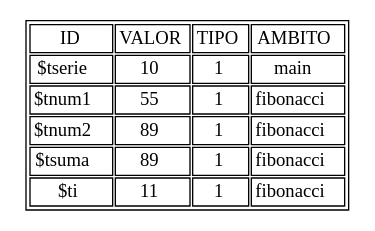
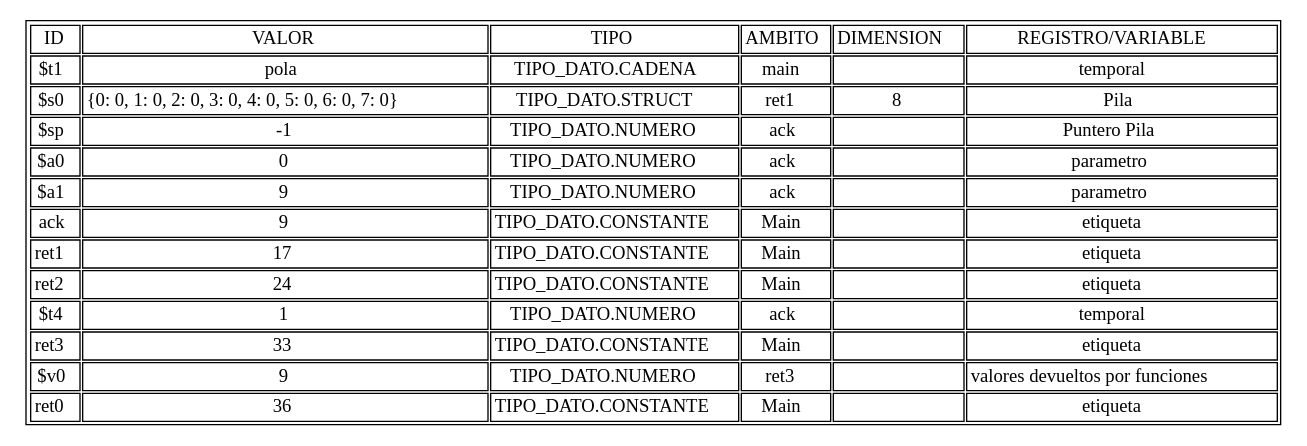
One commit to sgleal97/vacas_compi changed the diagram in tsg.dot. Above: the diagram before and after it, drawn with Graphviz. The commit also changed 16 other files, not shown here.

```diff
--- a/tsg.dot
+++ b/tsg.dot
@@ -1,44 +1,99 @@
 digraph H {
 aHtmlTable [
 shape=plaintext
 label=<
 <table border='1' cellborder='1'>
 <tr>
 <td>ID</td>
 <td>VALOR</td>
 <td>TIPO</td>
 <td>AMBITO</td>
+<td>DIMENSION</td><td>REGISTRO/VARIABLE</td></tr>
+<tr>
+<td>$t1</td>
+<td>pola</td>
+<td>TIPO_DATO.CADENA</td>
+<td>main</td>
+<td> </td><td>temporal</td>
 </tr>
 <tr>
-<td>$tserie</td>
-<td>10</td>
-<td>1</td>
-<td>main</td>
+<td>$s0</td>
+<td>{0: 0, 1: 0, 2: 0, 3: 0, 4: 0, 5: 0, 6: 0, 7: 0}</td>
+<td>TIPO_DATO.STRUCT</td>
+<td>ret1</td>
+<td>8</td>
+<td>Pila</td>
 </tr>
 <tr>
-<td>$tnum1</td>
-<td>55</td>
-<td>1</td>
-<td>fibonacci</td>
+<td>$sp</td>
+<td>-1</td>
+<td>TIPO_DATO.NUMERO</td>
+<td>ack</td>
+<td> </td><td>Puntero Pila</td>
 </tr>
 <tr>
-<td>$tnum2</td>
-<td>89</td>
-<td>1</td>
-<td>fibonacci</td>
+<td>$a0</td>
+<td>0</td>
+<td>TIPO_DATO.NUMERO</td>
+<td>ack</td>
+<td> </td><td>parametro</td>
 </tr>
 <tr>
-<td>$tsuma</td>
-<td>89</td>
-<td>1</td>
-<td>fibonacci</td>
+<td>$a1</td>
+<td>9</td>
+<td>TIPO_DATO.NUMERO</td>
+<td>ack</td>
+<td> </td><td>parametro</td>
 </tr>
 <tr>
-<td>$ti</td>
-<td>11</td>
+<td>ack</td>
+<td>9</td>
+<td>TIPO_DATO.CONSTANTE</td>
+<td>Main</td>
+<td> </td><td>etiqueta</td>
+</tr>
+<tr>
+<td>ret1</td>
+<td>17</td>
+<td>TIPO_DATO.CONSTANTE</td>
+<td>Main</td>
+<td> </td><td>etiqueta</td>
+</tr>
+<tr>
+<td>ret2</td>
+<td>24</td>
+<td>TIPO_DATO.CONSTANTE</td>
+<td>Main</td>
+<td> </td><td>etiqueta</td>
+</tr>
+<tr>
+<td>$t4</td>
 <td>1</td>
-<td>fibonacci</td>
+<td>TIPO_DATO.NUMERO</td>
+<td>ack</td>
+<td> </td><td>temporal</td>
+</tr>
+<tr>
+<td>ret3</td>
+<td>33</td>
+<td>TIPO_DATO.CONSTANTE</td>
+<td>Main</td>
+<td> </td><td>etiqueta</td>
+</tr>
+<tr>
+<td>$v0</td>
+<td>9</td>
+<td>TIPO_DATO.NUMERO</td>
+<td>ret3</td>
+<td> </td><td>valores devueltos por funciones</td>
+</tr>
+<tr>
+<td>ret0</td>
+<td>36</td>
+<td>TIPO_DATO.CONSTANTE</td>
+<td>Main</td>
+<td> </td><td>etiqueta</td>
 </tr>
 </table>
 >];
 }
```
